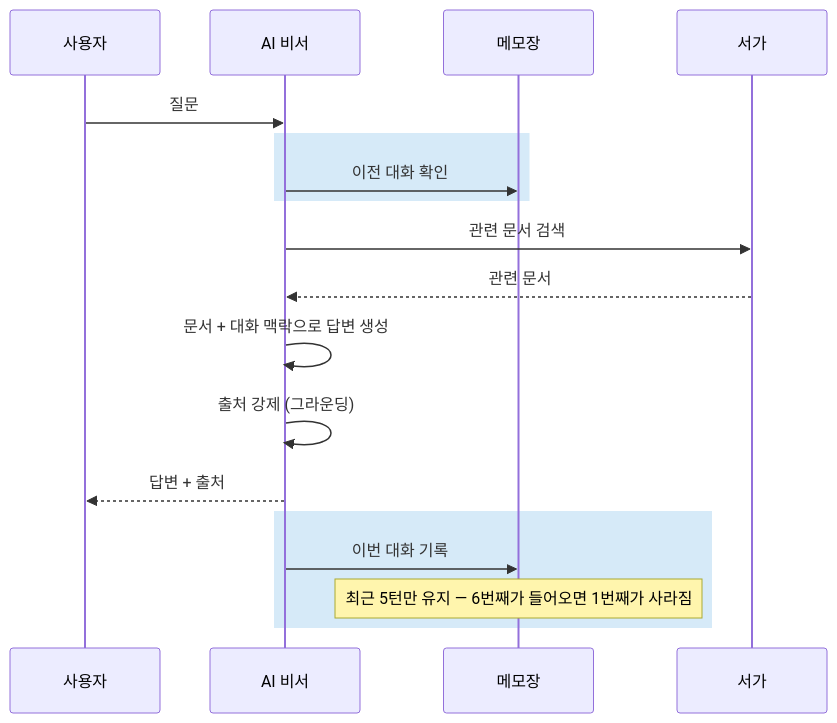
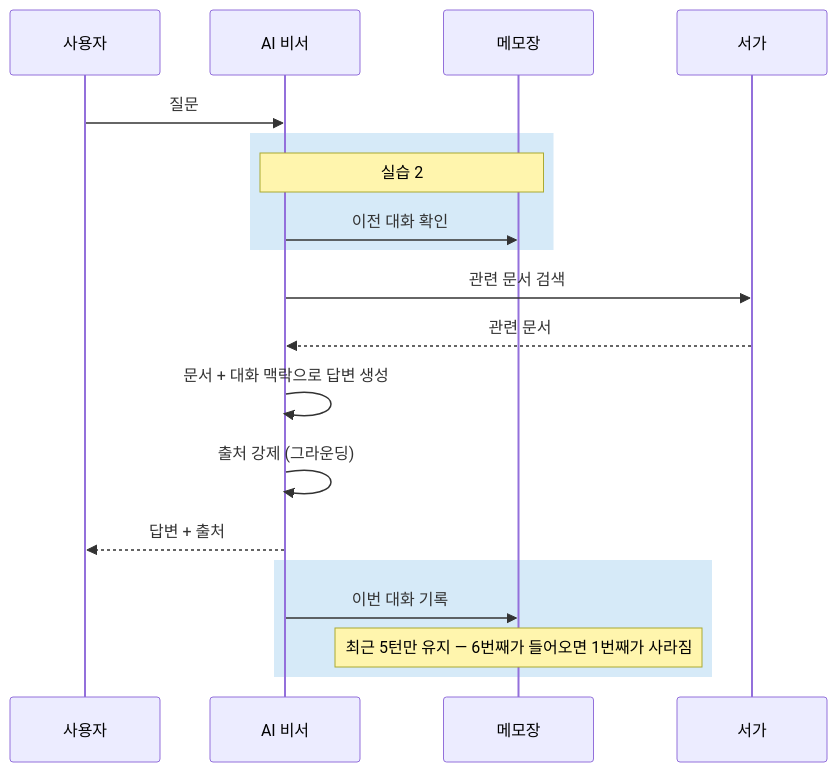
Before and after one commit to edu-openskill/lecture-book-workflow: the fourth of 4 diagrams in projects/사내AI비서_v2/chapters/05-드디어-답해준다.md, drawn with Mermaid. The commit also changed other lines of this file and 92 other files, not shown here.

````diff
--- a/projects/사내AI비서_v2/chapters/05-드디어-답해준다.md
+++ b/projects/사내AI비서_v2/chapters/05-드디어-답해준다.md
@@ -476,16 +492,17 @@
 ```mermaid
 sequenceDiagram
     사용자->>AI 비서: 질문
     rect rgb(214, 234, 248)
+        Note over AI 비서,메모장: 실습 2
         AI 비서->>메모장: 이전 대화 확인
     end
     AI 비서->>서가: 관련 문서 검색
     서가-->>AI 비서: 관련 문서
     AI 비서->>AI 비서: 문서 + 대화 맥락으로 답변 생성
     AI 비서->>AI 비서: 출처 강제 (그라운딩)
     AI 비서-->>사용자: 답변 + 출처
     rect rgb(214, 234, 248)
         AI 비서->>메모장: 이번 대화 기록
         Note over 메모장: 최근 5턴만 유지 — 6번째가 들어오면 1번째가 사라짐
     end
 ```
````
